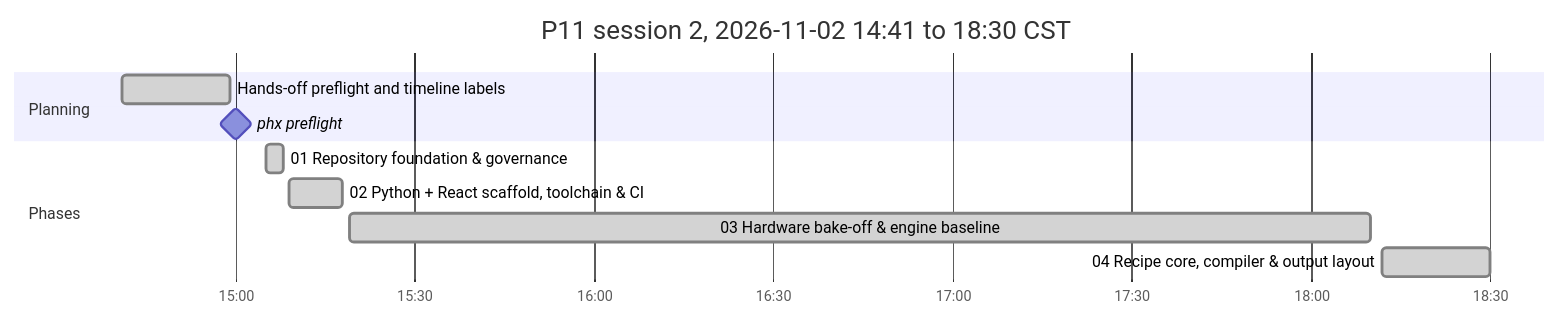
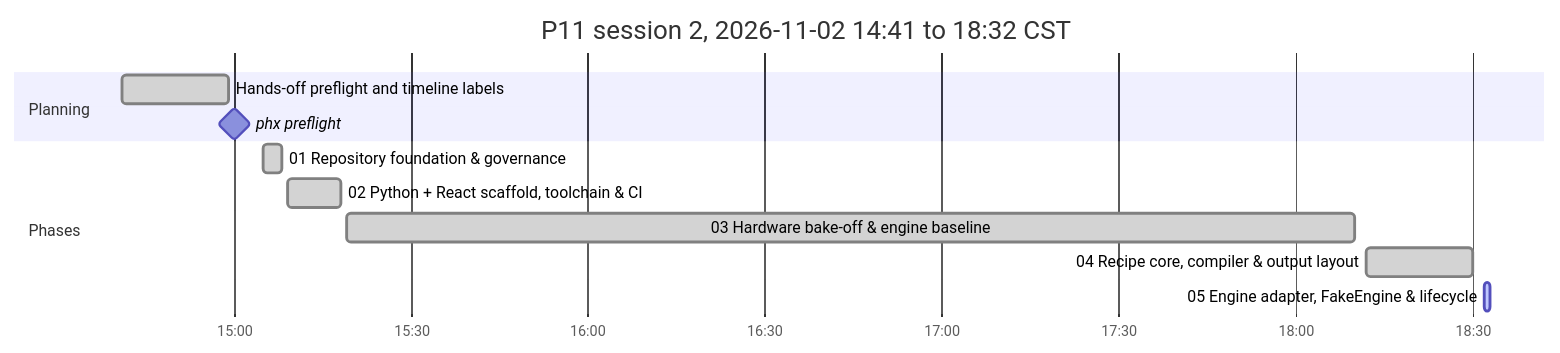
Before and after one commit to antonizick/project1111: the second of 2 diagrams in P11_IMPLEMENTATION_PLAN.md, drawn with Mermaid. The commit also changed other lines of this file and 1 other file, not shown here.

Commit message:
docs(plan): refresh timeline

````diff
--- a/P11_IMPLEMENTATION_PLAN.md
+++ b/P11_IMPLEMENTATION_PLAN.md
@@ -74,14 +74,15 @@
 ```mermaid
 gantt
-    title P11 session 2, 2026-11-02 14:41 to 18:30 CST
+    title P11 session 2, 2026-11-02 14:41 to 18:32 CST
     dateFormat YYYY-MM-DD HH:mm
     axisFormat %H:%M
     section Planning
     Hands-off preflight and timeline labels :done, plan3, 2026-11-02 14:41, 2026-11-02 14:59
     phx preflight :milestone, pf13ee0d5, 2026-11-02 15:00, 0m
     section Phases
     01 Repository foundation & governance :done, p01s2, 2026-11-02 15:05, 2026-11-02 15:08
     02 Python + React scaffold, toolchain & CI :done, p02s2, 2026-11-02 15:09, 2026-11-02 15:18
     03 Hardware bake-off & engine baseline :done, p03s2, 2026-11-02 15:19, 2026-11-02 18:10
     04 Recipe core, compiler & output layout :done, p04s2, 2026-11-02 18:12, 2026-11-02 18:30
+    05 Engine adapter, FakeEngine & lifecycle :active, p05s2, 2026-11-02 18:32, 2026-11-02 18:33
 ```
````
